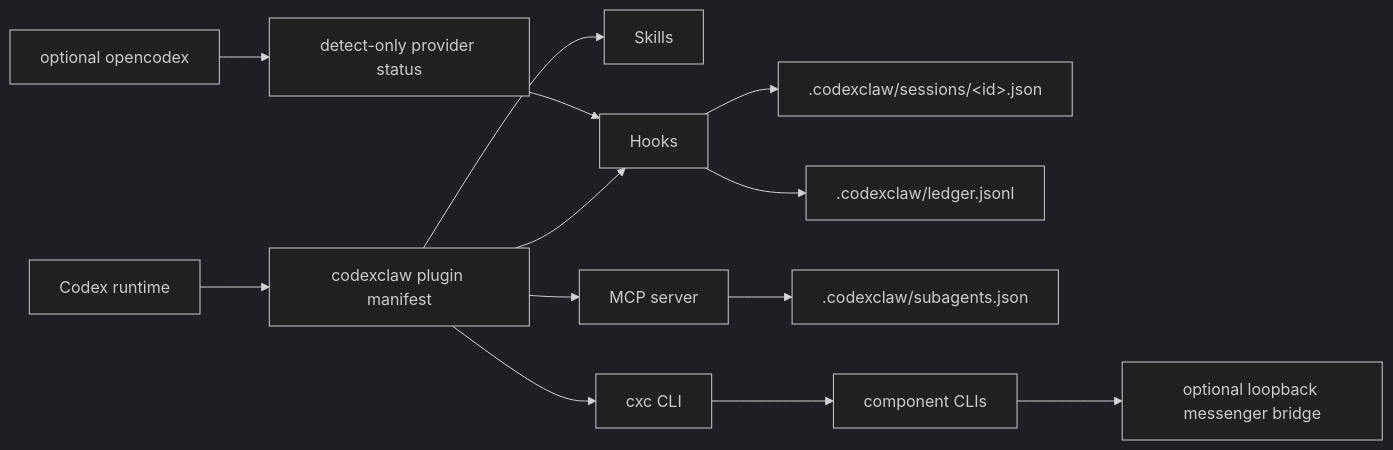
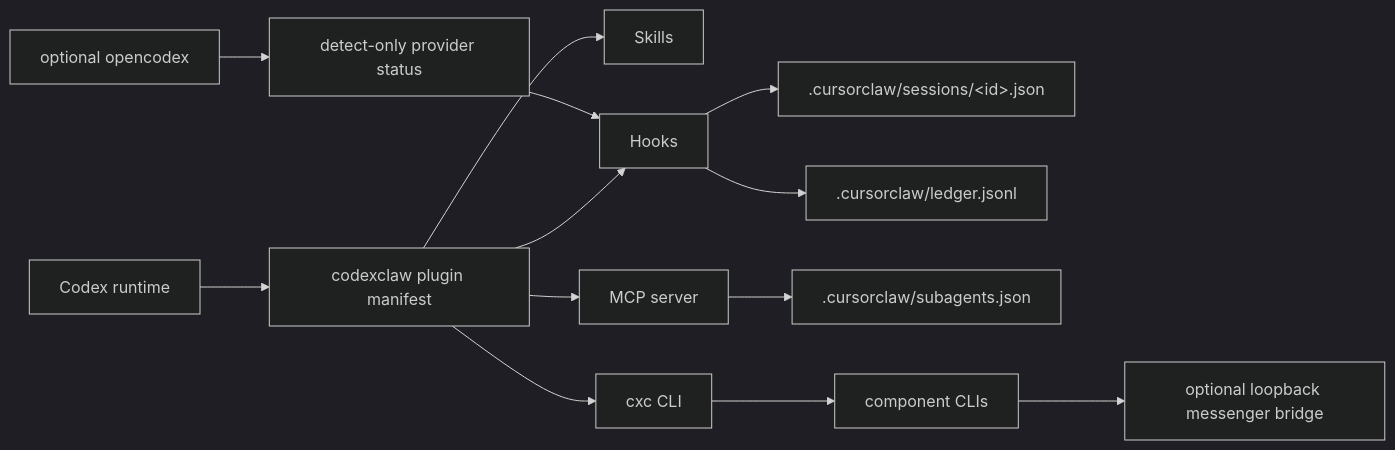
One commit to lidge-jun/lidgeclaw changed the diagram in docs-site/src/content/docs/concepts/how-it-works.md. Above: the diagram before and after it, drawn with Mermaid (dark theme). The commit also changed other lines of this file and 918 other files, not shown here.

````diff
--- a/docs-site/src/content/docs/concepts/how-it-works.md
+++ b/docs-site/src/content/docs/concepts/how-it-works.md
@@ -9,15 +9,15 @@
 ```mermaid
 flowchart LR
   A["Codex runtime"] --> B["codexclaw plugin manifest"]
   B --> C["Skills"]
   B --> D["Hooks"]
   B --> E["MCP server"]
   B --> F["cxc CLI"]
-  D --> G[".codexclaw/sessions/&lt;id&gt;.json"]
-  D --> H[".codexclaw/ledger.jsonl"]
-  E --> I[".codexclaw/subagents.json"]
+  D --> G[".cursorclaw/sessions/&lt;id&gt;.json"]
+  D --> H[".cursorclaw/ledger.jsonl"]
+  E --> I[".cursorclaw/subagents.json"]
   J["optional opencodex"] --> K["detect-only provider status"]
   K --> D
   F --> L["component CLIs"]
   L --> M["optional loopback messenger bridge"]
 ```
````
